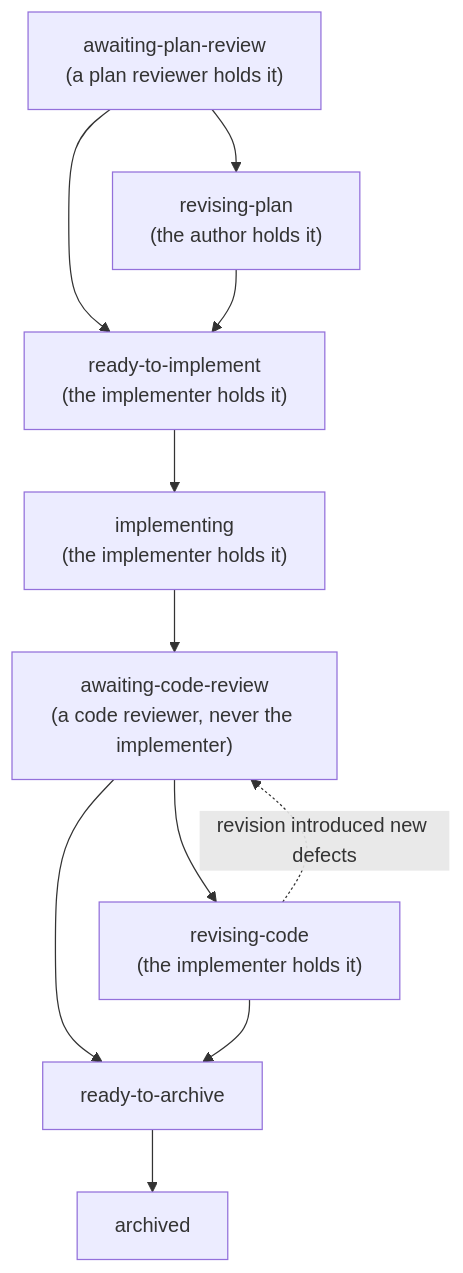
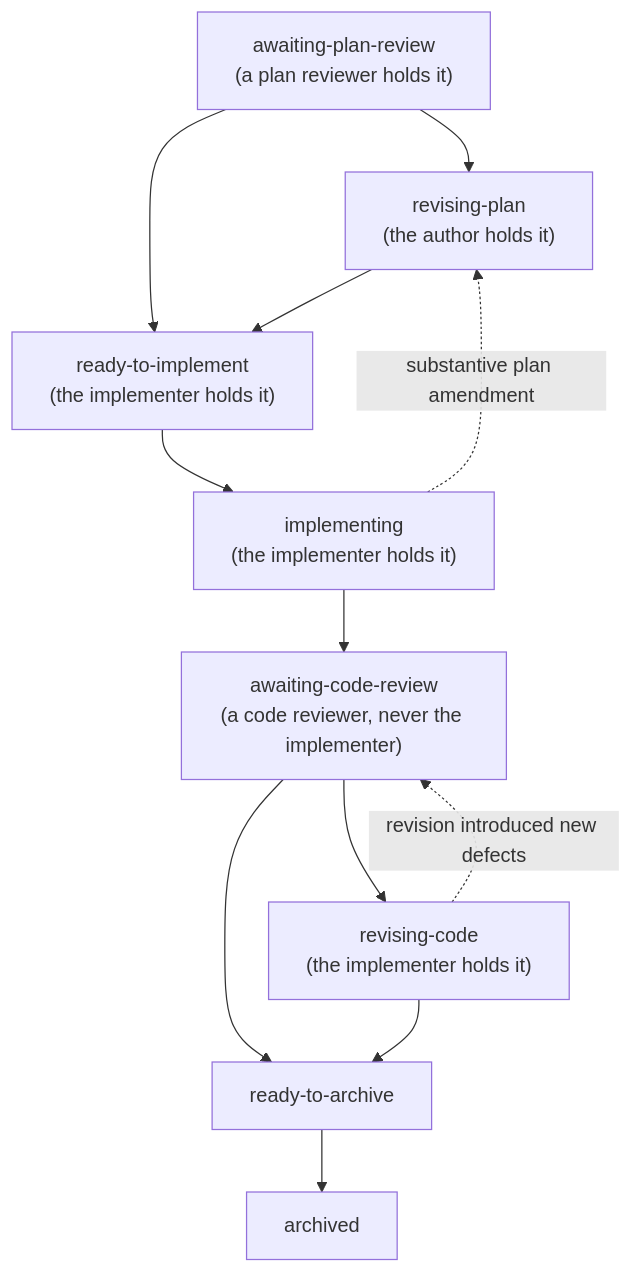
The diagram in docs/methodology/plans.md (MSUHydrogeology/cairn), drawn with Mermaid before and after one commit. The commit also changed other lines of this file and 10 other files, not shown here.

````diff
--- a/docs/methodology/plans.md
+++ b/docs/methodology/plans.md
@@ -24,13 +24,14 @@
 ```mermaid
 flowchart TD
     APR["awaiting-plan-review<br/>(a plan reviewer holds it)"] --> RVP["revising-plan<br/>(the author holds it)"]
     APR --> RTI["ready-to-implement<br/>(the implementer holds it)"]
     RVP --> RTI
     RTI --> IMP["implementing<br/>(the implementer holds it)"]
     IMP --> ACR["awaiting-code-review<br/>(a code reviewer, never the implementer)"]
+    IMP -. substantive plan amendment .-> RVP
     ACR --> RVC["revising-code<br/>(the implementer holds it)"]
     ACR --> RTA["ready-to-archive"]
     RVC --> RTA
     RVC -. revision introduced new defects .-> ACR
     RTA --> ARC["archived"]
 ```
````
